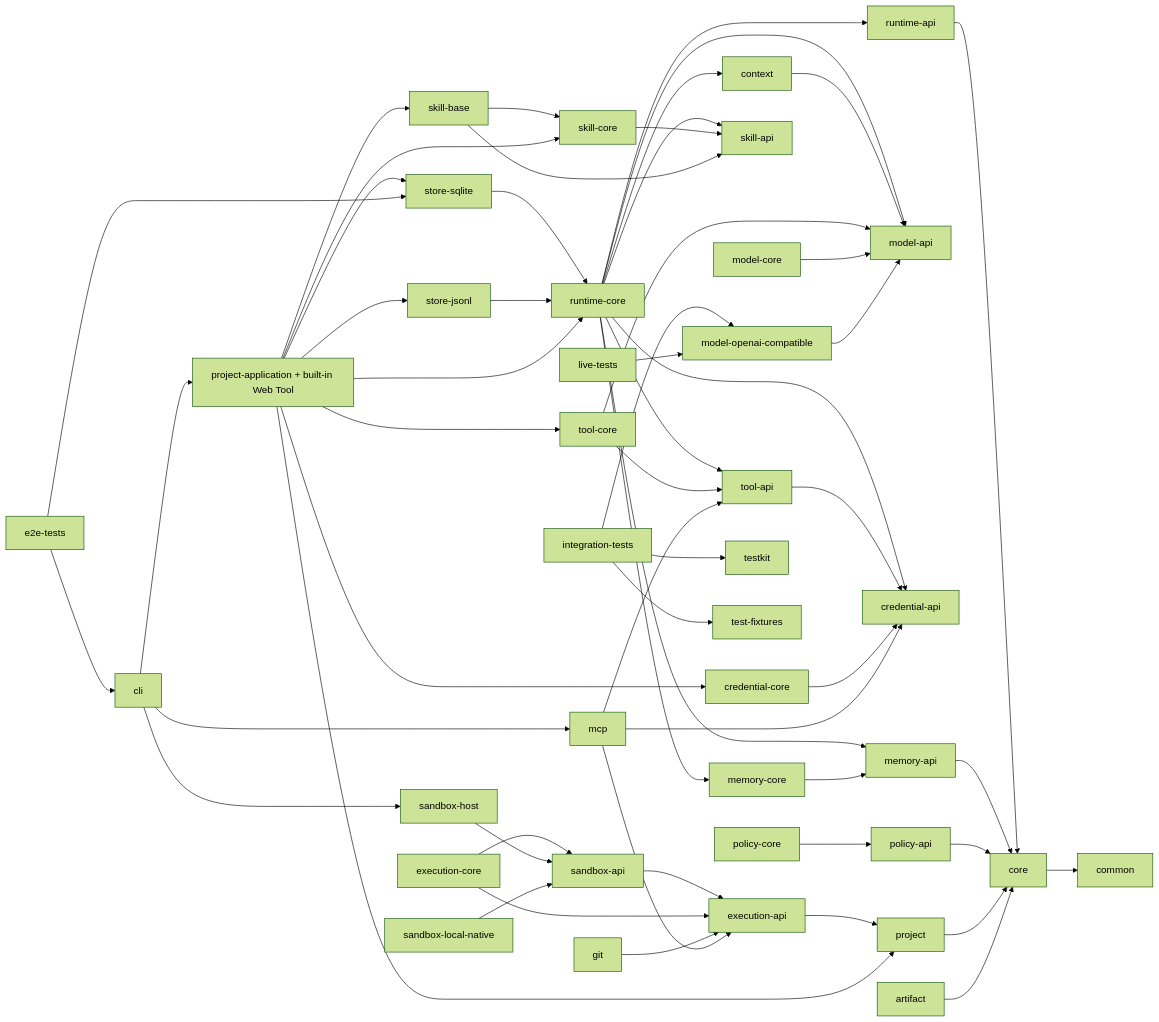
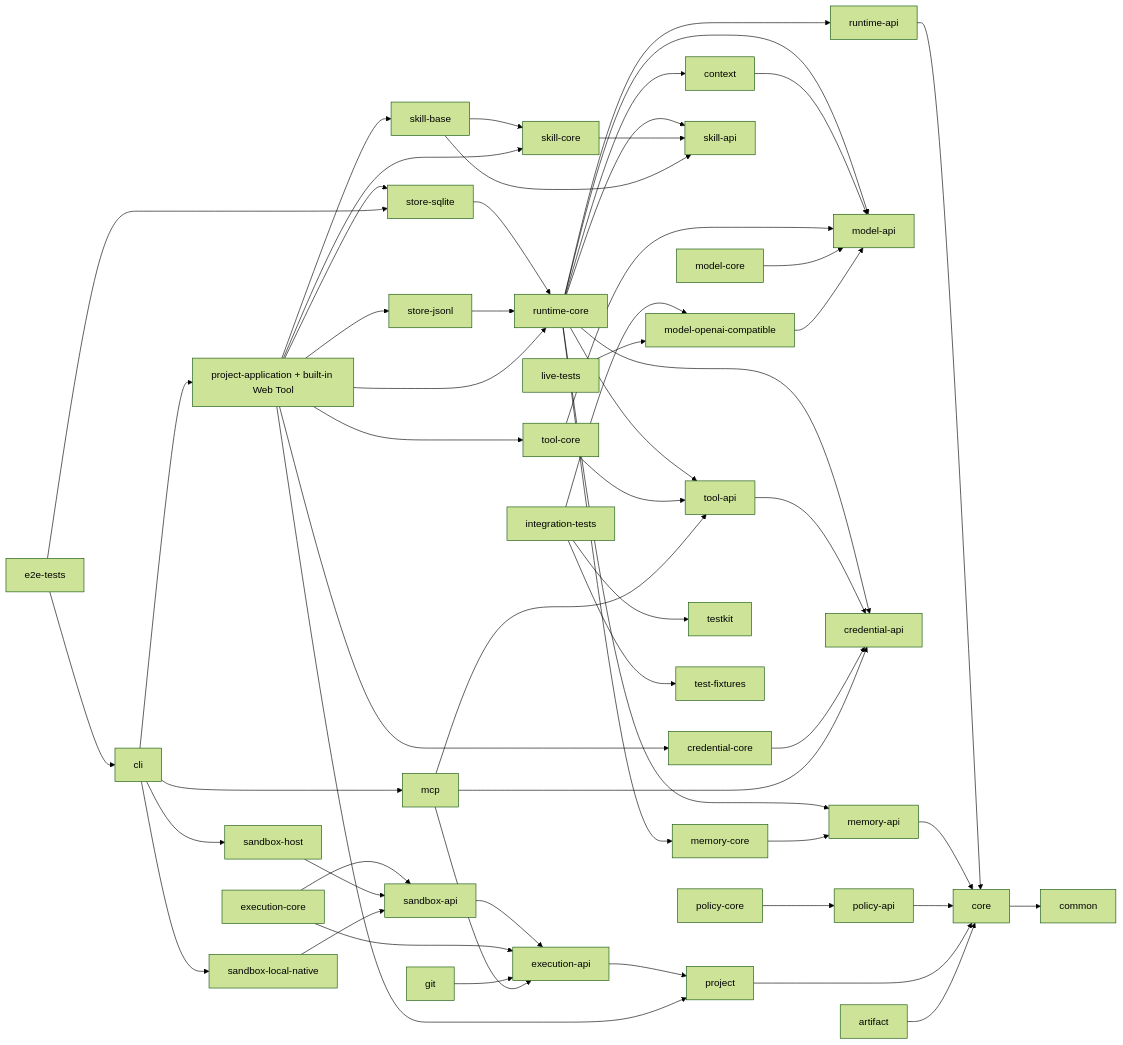
One commit to haifa-agent/haifa-agent changed the diagram in README.md. Above: the diagram before and after it, drawn with Mermaid (forest theme). The commit also changed other lines of this file and 25 other files, not shown here.

````diff
--- a/README.md
+++ b/README.md
@@ -81,60 +82,61 @@
 ```mermaid
 flowchart LR
   CORE[core] --> COMMON[common]
   RAPI[runtime-api] --> CORE
   RCORE[runtime-core] --> RAPI
   RCORE --> MAPI[model-api]
   RCORE --> TAPI[tool-api]
   RCORE --> CAPI[credential-api]
   RCORE --> CTX[context]
   RCORE --> MEMAPI[memory-api]
   RCORE --> MEMCORE[memory-core]
   RCORE --> SKAPI[skill-api]
   CTX --> MAPI
   TAPI --> CAPI
   TCORE[tool-core] --> TAPI
   TCORE --> MAPI
   CCORE[credential-core] --> CAPI
   MCORE[model-core] --> MAPI
   MEMAPI --> CORE
   MEMCORE --> MEMAPI
   PAPI[policy-api] --> CORE
   PCORE[policy-core] --> PAPI
   SKCORE[skill-core] --> SKAPI
   SKBASE[skill-base] --> SKAPI
   SKBASE --> SKCORE
   PROJECT[project] --> CORE
   ARTIFACT[artifact] --> CORE
   EAPI[execution-api] --> PROJECT
   SAPI[sandbox-api] --> EAPI
   ECORE[execution-core] --> EAPI
   ECORE --> SAPI
   SHOST[sandbox-host] --> SAPI
   SLOCAL[sandbox-local-native] --> SAPI
   GIT[git] --> EAPI
   MCP[mcp] --> TAPI
   MCP --> CAPI
   MCP --> EAPI
   OAI[model-openai-compatible] --> MAPI
   SQLITE[store-sqlite] --> RCORE
   JSONL[store-jsonl] --> RCORE
   PAPP[project-application + built-in Web Tool] --> RCORE
   PAPP --> SQLITE
   PAPP --> JSONL
   PAPP --> PROJECT
   PAPP --> TCORE
   PAPP --> CCORE
   PAPP --> SKCORE
   PAPP --> SKBASE
   CLI[cli] --> PAPP
   CLI --> MCP
   CLI --> SHOST
+  CLI --> SLOCAL
   TESTKIT[testkit]
   FIXTURES[test-fixtures]
   ITEST[integration-tests] --> TESTKIT
   ITEST --> FIXTURES
   ITEST --> OAI
   LIVETEST[live-tests] --> OAI
   E2ETEST[e2e-tests] --> CLI
   E2ETEST --> SQLITE
 ```
````
